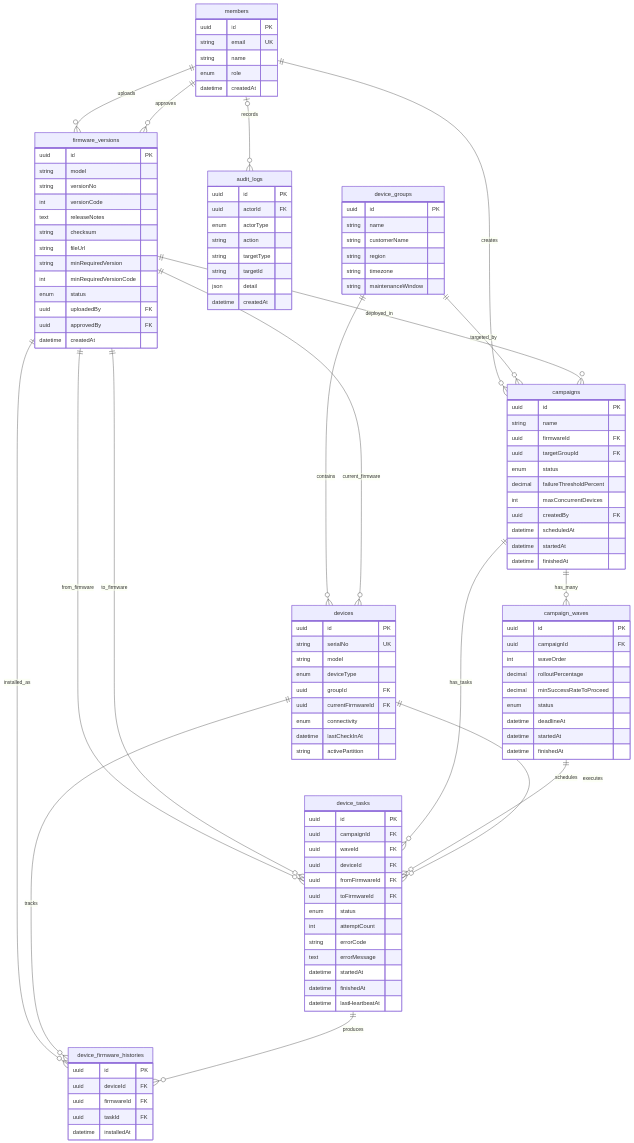
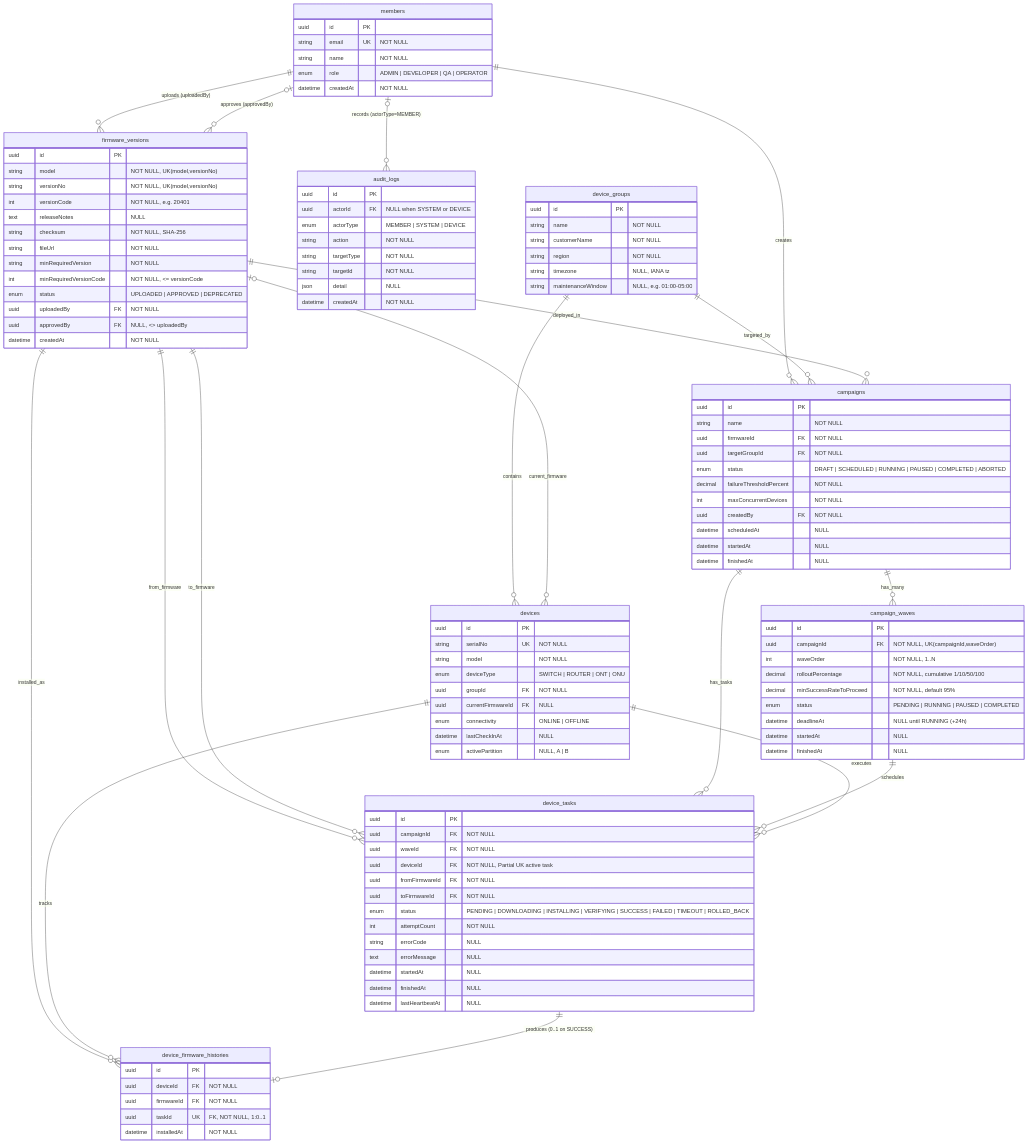
One commit to tranvan100405-max/KitsNhom5_Dasan changed the diagram in ERD/Firmware Campaign Deployment Pipeline-2026-11-24-052135.mmd. Above: the diagram before and after it, drawn with Mermaid. The commit also changed 10 other files, not shown here.

Commit message:
docs(cross-review): align system spec, ERD, sequence 1, compatibility rules and add gate checklist

```diff
--- a/ERD/Firmware Campaign Deployment Pipeline-2026-11-24-052135.mmd
+++ b/ERD/Firmware Campaign Deployment Pipeline-2026-11-24-052135.mmd
@@ -1,130 +1,130 @@
 erDiagram
-    members ||--o{ firmware_versions : uploads
-    members ||--o{ firmware_versions : approves
-    members ||--o{ campaigns : creates
-    members o|--o{ audit_logs : records
+    members ||--o{ firmware_versions : "uploads (uploadedBy)"
+    members o|--o{ firmware_versions : "approves (approvedBy)"
+    members ||--o{ campaigns : "creates"
+    members o|--o{ audit_logs : "records (actorType=MEMBER)"
 
-    device_groups ||--o{ devices : contains
-    device_groups ||--o{ campaigns : targeted_by
+    device_groups ||--o{ devices : "contains"
+    device_groups ||--o{ campaigns : "targeted_by"
 
-    firmware_versions ||--o{ campaigns : deployed_in
-    firmware_versions ||--o{ devices : current_firmware
-    firmware_versions ||--o{ device_tasks : from_firmware
-    firmware_versions ||--o{ device_tasks : to_firmware
-    firmware_versions ||--o{ device_firmware_histories : installed_as
+    firmware_versions ||--o{ campaigns : "deployed_in"
+    firmware_versions o|--o{ devices : "current_firmware"
+    firmware_versions ||--o{ device_tasks : "from_firmware"
+    firmware_versions ||--o{ device_tasks : "to_firmware"
+    firmware_versions ||--o{ device_firmware_histories : "installed_as"
 
-    campaigns ||--o{ campaign_waves : has_many
-    campaigns ||--o{ device_tasks : has_tasks
+    campaigns ||--o{ campaign_waves : "has_many"
+    campaigns ||--o{ device_tasks : "has_tasks"
 
-    campaign_waves ||--o{ device_tasks : schedules
+    campaign_waves ||--o{ device_tasks : "schedules"
 
-    devices ||--o{ device_tasks : executes
-    devices ||--o{ device_firmware_histories : tracks
+    devices ||--o{ device_tasks : "executes"
+    devices ||--o{ device_firmware_histories : "tracks"
 
-    device_tasks ||--o{ device_firmware_histories : produces
+    device_tasks ||--o| device_firmware_histories : "produces (0..1 on SUCCESS)"
 
     members {
         uuid id PK
-        string email UK
-        string name
-        enum role
-        datetime createdAt
+        string email UK "NOT NULL"
+        string name "NOT NULL"
+        enum role "ADMIN | DEVELOPER | QA | OPERATOR"
+        datetime createdAt "NOT NULL"
     }
 
     device_groups {
         uuid id PK
-        string name
-        string customerName
-        string region
-        string timezone
-        string maintenanceWindow
+        string name "NOT NULL"
+        string customerName "NOT NULL"
+        string region "NOT NULL"
+        string timezone "NULL, IANA tz"
+        string maintenanceWindow "NULL, e.g. 01:00-05:00"
     }
 
     devices {
         uuid id PK
-        string serialNo UK
-        string model
-        enum deviceType
-        uuid groupId FK
-        uuid currentFirmwareId FK
-        enum connectivity
-        datetime lastCheckInAt
-        string activePartition
+        string serialNo UK "NOT NULL"
+        string model "NOT NULL"
+        enum deviceType "SWITCH | ROUTER | ONT | ONU"
+        uuid groupId FK "NOT NULL"
+        uuid currentFirmwareId FK "NULL"
+        enum connectivity "ONLINE | OFFLINE"
+        datetime lastCheckInAt "NULL"
+        enum activePartition "NULL, A | B"
     }
 
     firmware_versions {
         uuid id PK
-        string model
-        string versionNo
-        int versionCode
-        text releaseNotes
-        string checksum
-        string fileUrl
-        string minRequiredVersion
-        int minRequiredVersionCode
-        enum status
-        uuid uploadedBy FK
-        uuid approvedBy FK
-        datetime createdAt
+        string model "NOT NULL, UK(model,versionNo)"
+        string versionNo "NOT NULL, UK(model,versionNo)"
+        int versionCode "NOT NULL, e.g. 20401"
+        text releaseNotes "NULL"
+        string checksum "NOT NULL, SHA-256"
+        string fileUrl "NOT NULL"
+        string minRequiredVersion "NOT NULL"
+        int minRequiredVersionCode "NOT NULL, <= versionCode"
+        enum status "UPLOADED | APPROVED | DEPRECATED"
+        uuid uploadedBy FK "NOT NULL"
+        uuid approvedBy FK "NULL, <> uploadedBy"
+        datetime createdAt "NOT NULL"
     }
 
     campaigns {
         uuid id PK
-        string name
-        uuid firmwareId FK
-        uuid targetGroupId FK
-        enum status
-        decimal failureThresholdPercent
-        int maxConcurrentDevices
-        uuid createdBy FK
-        datetime scheduledAt
-        datetime startedAt
-        datetime finishedAt
+        string name "NOT NULL"
+        uuid firmwareId FK "NOT NULL"
+        uuid targetGroupId FK "NOT NULL"
+        enum status "DRAFT | SCHEDULED | RUNNING | PAUSED | COMPLETED | ABORTED"
+        decimal failureThresholdPercent "NOT NULL"
+        int maxConcurrentDevices "NOT NULL"
+        uuid createdBy FK "NOT NULL"
+        datetime scheduledAt "NULL"
+        datetime startedAt "NULL"
+        datetime finishedAt "NULL"
     }
 
     campaign_waves {
         uuid id PK
-        uuid campaignId FK
-        int waveOrder
-        decimal rolloutPercentage
-        decimal minSuccessRateToProceed
-        enum status
-        datetime deadlineAt
-        datetime startedAt
-        datetime finishedAt
+        uuid campaignId FK "NOT NULL, UK(campaignId,waveOrder)"
+        int waveOrder "NOT NULL, 1..N"
+        decimal rolloutPercentage "NOT NULL, cumulative 1/10/50/100"
+        decimal minSuccessRateToProceed "NOT NULL, default 95%"
+        enum status "PENDING | RUNNING | PAUSED | COMPLETED"
+        datetime deadlineAt "NULL until RUNNING (+24h)"
+        datetime startedAt "NULL"
+        datetime finishedAt "NULL"
     }
 
     device_tasks {
         uuid id PK
-        uuid campaignId FK
-        uuid waveId FK
-        uuid deviceId FK
-        uuid fromFirmwareId FK
-        uuid toFirmwareId FK
-        enum status
-        int attemptCount
-        string errorCode
-        text errorMessage
-        datetime startedAt
-        datetime finishedAt
-        datetime lastHeartbeatAt
+        uuid campaignId FK "NOT NULL"
+        uuid waveId FK "NOT NULL"
+        uuid deviceId FK "NOT NULL, Partial UK active task"
+        uuid fromFirmwareId FK "NOT NULL"
+        uuid toFirmwareId FK "NOT NULL"
+        enum status "PENDING | DOWNLOADING | INSTALLING | VERIFYING | SUCCESS | FAILED | TIMEOUT | ROLLED_BACK"
+        int attemptCount "NOT NULL"
+        string errorCode "NULL"
+        text errorMessage "NULL"
+        datetime startedAt "NULL"
+        datetime finishedAt "NULL"
+        datetime lastHeartbeatAt "NULL"
     }
 
     device_firmware_histories {
         uuid id PK
-        uuid deviceId FK
-        uuid firmwareId FK
-        uuid taskId FK
-        datetime installedAt
+        uuid deviceId FK "NOT NULL"
+        uuid firmwareId FK "NOT NULL"
+        uuid taskId UK "FK, NOT NULL, 1:0..1"
+        datetime installedAt "NOT NULL"
     }
 
     audit_logs {
         uuid id PK
-        uuid actorId FK
-        enum actorType
-        string action
-        string targetType
-        string targetId
-        json detail
-        datetime createdAt
+        uuid actorId FK "NULL when SYSTEM or DEVICE"
+        enum actorType "MEMBER | SYSTEM | DEVICE"
+        string action "NOT NULL"
+        string targetType "NOT NULL"
+        string targetId "NOT NULL"
+        json detail "NULL"
+        datetime createdAt "NOT NULL"
     }
```
